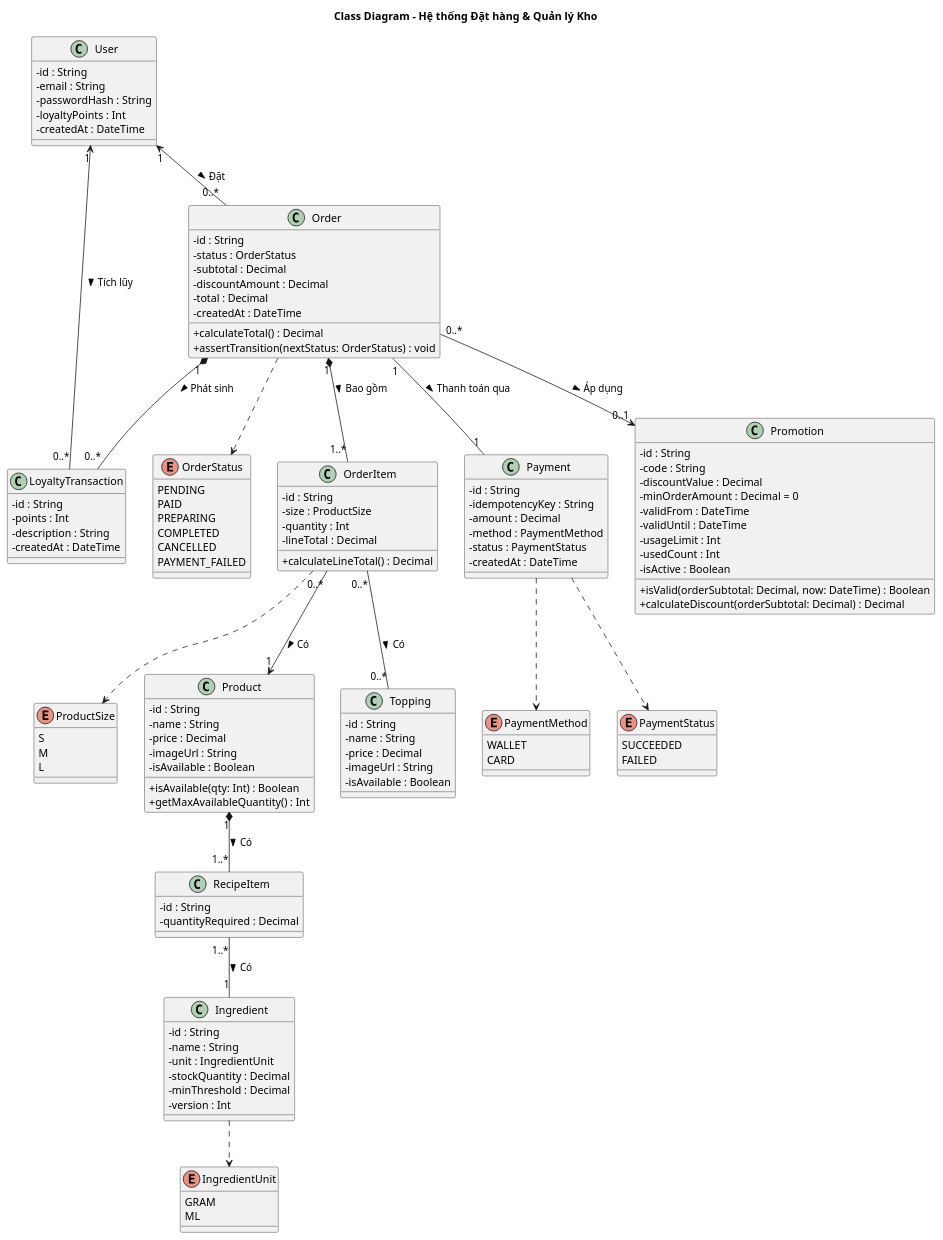
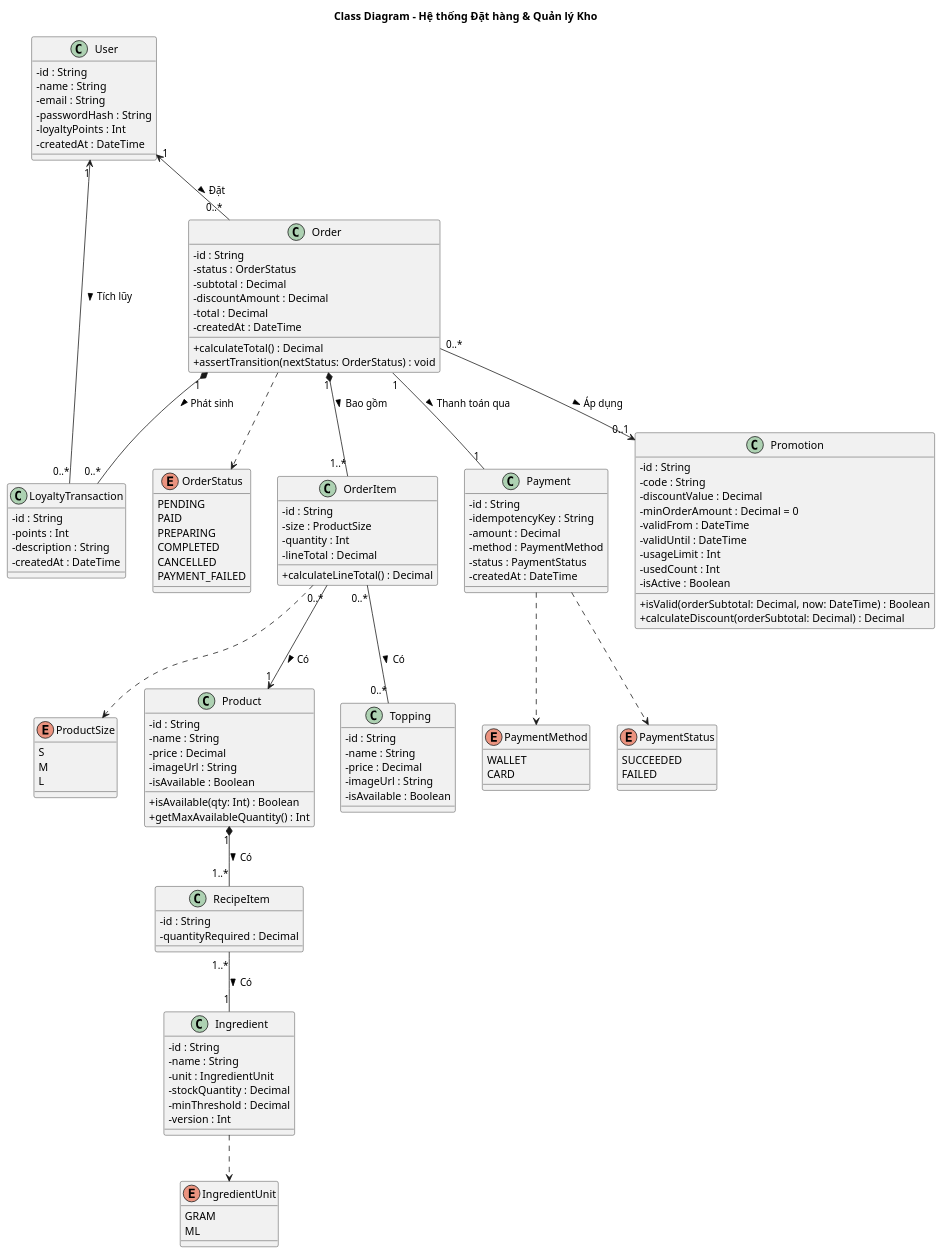
The diagram in docs/diagrams/class-diagram.puml (buihoangviet2982006-dotcom/Brew-lite-assignment2), drawn with PlantUML before and after one commit. The commit also changed 5 other files, not shown here.

Commit message:
docs(requirements): align UML diagrams with Prisma schema and async payment flow

```diff
--- a/docs/diagrams/class-diagram.puml
+++ b/docs/diagrams/class-diagram.puml
@@ -1,149 +1,150 @@
 @startuml
 skinparam classAttributeIconSize 0
 skinparam monochrome false
 skinparam shadowing false
 skinparam defaultFontName Arial
 
 title Class Diagram - Hệ thống Đặt hàng & Quản lý Kho
 
 enum OrderStatus {
   PENDING
   PAID
   PREPARING
   COMPLETED
   CANCELLED
   PAYMENT_FAILED
 }
 
 enum ProductSize {
   S
   M
   L
 }
 
 enum PaymentMethod {
   WALLET
   CARD
 }
 
 enum PaymentStatus {
   SUCCEEDED
   FAILED
 }
 
 enum IngredientUnit {
   GRAM
   ML
 }
 
 class User {
   - id : String
+  - name : String
   - email : String
   - passwordHash : String
   - loyaltyPoints : Int
   - createdAt : DateTime
 }
 
 class LoyaltyTransaction {
   - id : String
   - points : Int
   - description : String
   - createdAt : DateTime
 }
 
 class Order {
   - id : String
   - status : OrderStatus
   - subtotal : Decimal
   - discountAmount : Decimal
   - total : Decimal
   - createdAt : DateTime
   + calculateTotal() : Decimal
   + assertTransition(nextStatus: OrderStatus) : void
 }
 
 class OrderItem {
   - id : String
   - size : ProductSize
   - quantity : Int
   - lineTotal : Decimal
   + calculateLineTotal() : Decimal
 }
 
 class Product {
   - id : String
   - name : String
   - price : Decimal
   - imageUrl : String
   - isAvailable : Boolean
   + isAvailable(qty: Int) : Boolean
   + getMaxAvailableQuantity() : Int
 }
 
 class Topping {
   - id : String
   - name : String
   - price : Decimal
   - imageUrl : String
   - isAvailable : Boolean
 }
 
 class Payment {
   - id : String
   - idempotencyKey : String
   - amount : Decimal
   - method : PaymentMethod
   - status : PaymentStatus
   - createdAt : DateTime
 }
 
 class Promotion {
   - id : String
   - code : String
   - discountValue : Decimal
   - minOrderAmount : Decimal = 0
   - validFrom : DateTime
   - validUntil : DateTime
   - usageLimit : Int
   - usedCount : Int
   - isActive : Boolean
   + isValid(orderSubtotal: Decimal, now: DateTime) : Boolean
   + calculateDiscount(orderSubtotal: Decimal) : Decimal
 }
 
 class RecipeItem {
   - id : String
   - quantityRequired : Decimal
 }
 
 class Ingredient {
   - id : String
   - name : String
   - unit : IngredientUnit
   - stockQuantity : Decimal
   - minThreshold : Decimal
   - version : Int
 }
 
 ' Quan hệ thực thể
 User "1" <-- "0..*" LoyaltyTransaction : Tích lũy >
 User "1" <-- "0..*" Order : Đặt >
 Order "1" *-- "0..*" LoyaltyTransaction : Phát sinh >
 Order "1" *-- "1..*" OrderItem : Bao gồm >
 Order "0..*" --> "0..1" Promotion : Áp dụng >
 Order "1" -- "1" Payment : Thanh toán qua >
 
 OrderItem "0..*" --> "1" Product : Có >
 OrderItem "0..*" -- "0..*" Topping : Có >
 
 Product "1" *-- "1..*" RecipeItem : Có >
 RecipeItem "1..*" -- "1" Ingredient : Có >
 
 ' Liên kết Enum
 Order ..> OrderStatus
 OrderItem ..> ProductSize
 Payment ..> PaymentMethod
 Payment ..> PaymentStatus
 Ingredient ..> IngredientUnit
 
 @enduml
```
